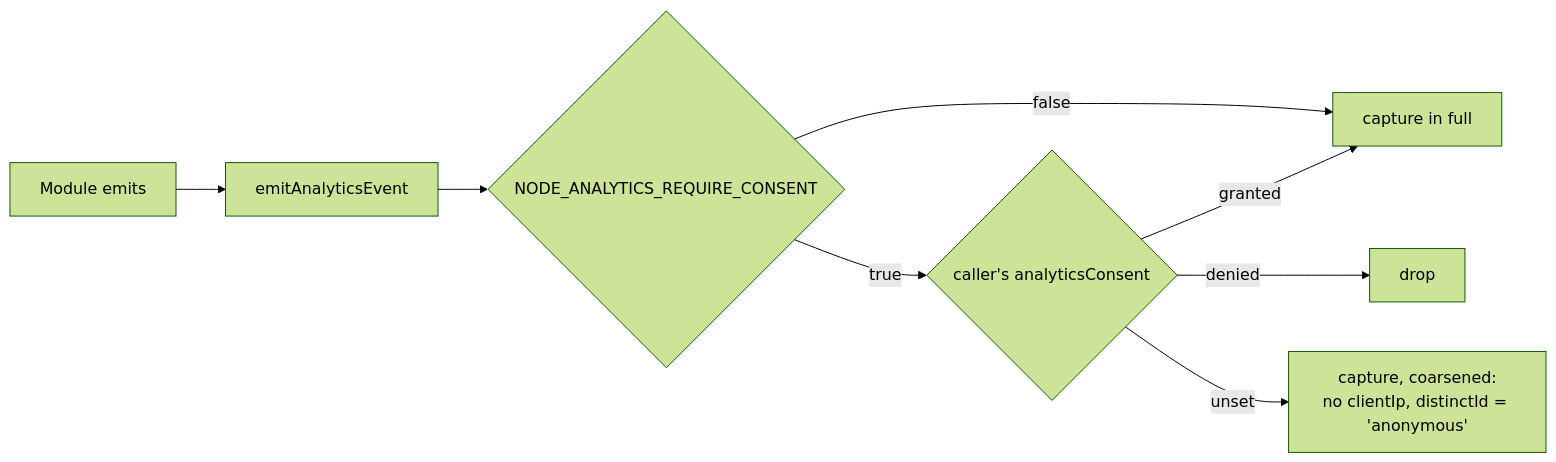
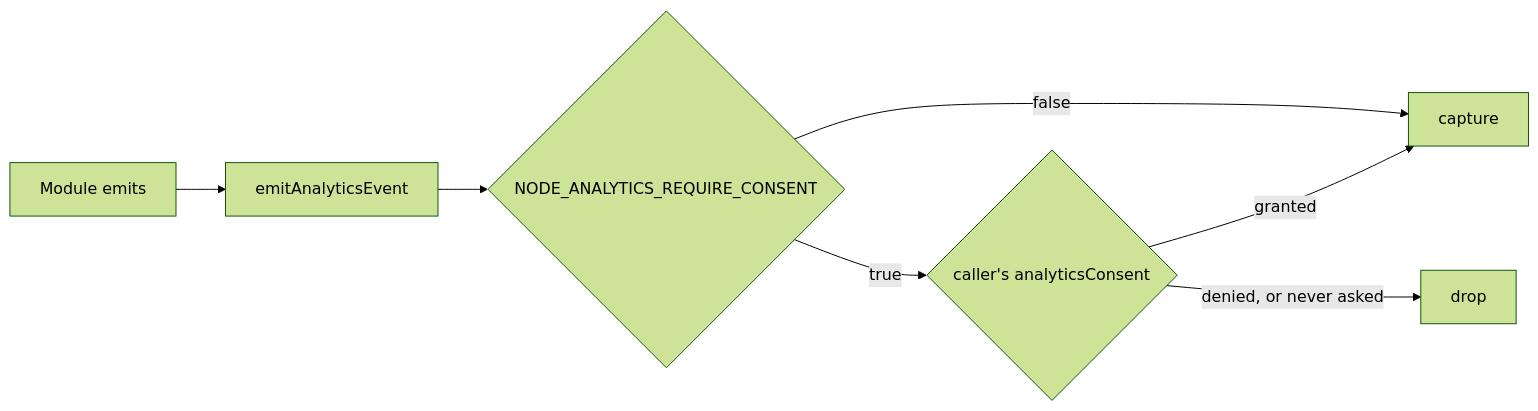
One commit to Guebbit/boilerplate-node-backend changed the second of 2 diagrams in docs/tools/analytics.md. Above: the diagram before and after it, drawn with Mermaid (forest theme). The commit also changed other lines of this file and 5 other files, not shown here.

````diff
--- a/docs/tools/analytics.md
+++ b/docs/tools/analytics.md
@@ -70,10 +70,9 @@
 ```mermaid
 flowchart LR
     A[Module emits] --> B[emitAnalyticsEvent]
     B --> C{"NODE_ANALYTICS_REQUIRE_CONSENT"}
-    C -->|false| G[capture in full]
+    C -->|false| G[capture]
     C -->|true| D{"caller's analyticsConsent"}
     D -->|granted| G
-    D -->|denied| H[drop]
-    D -->|unset| E["capture, coarsened:<br/>no clientIp, distinctId = 'anonymous'"]
+    D -->|denied, or never asked| H[drop]
 ```
````
